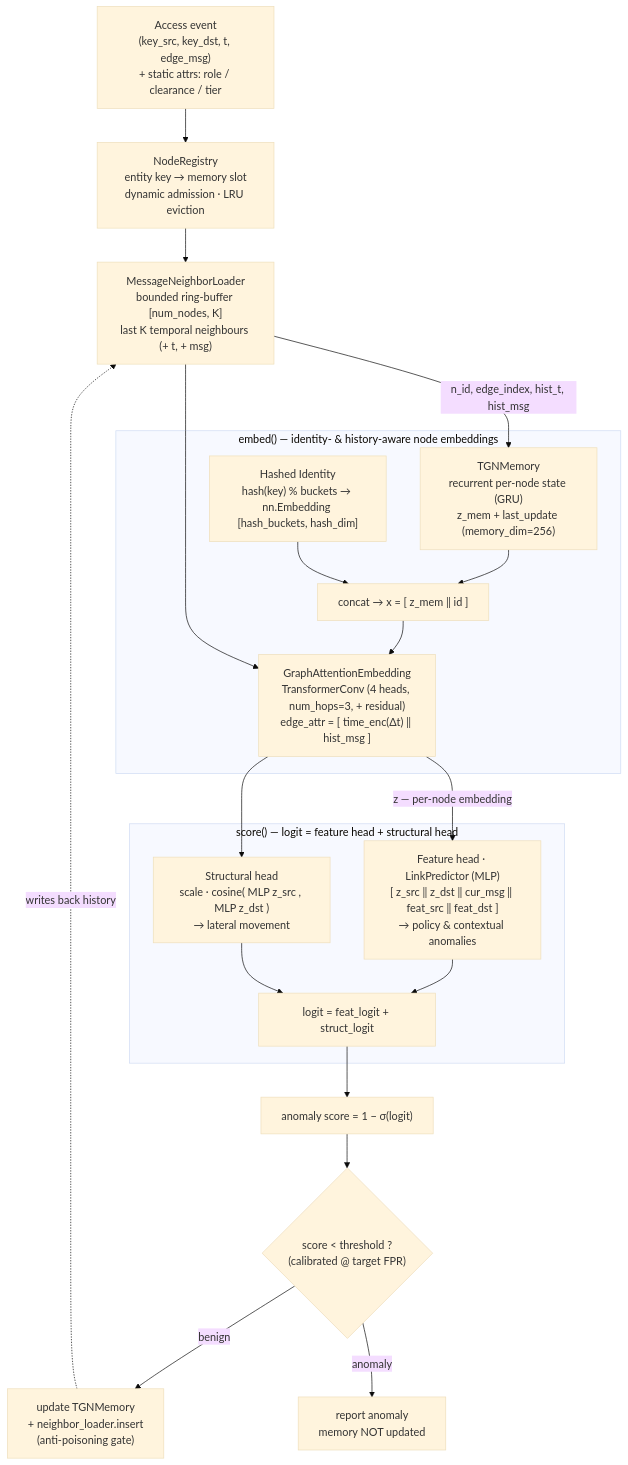
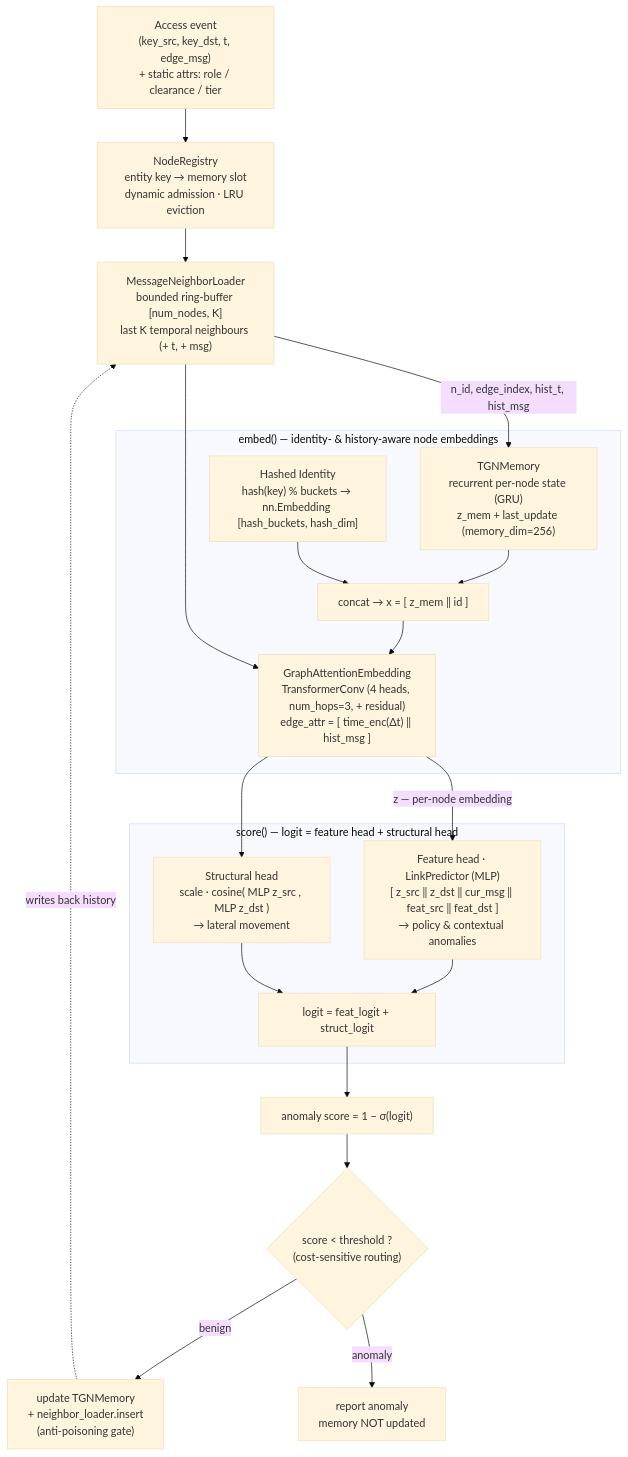
One commit to DDoS-Fury/Papergate changed the diagram in README.md. Above: the diagram before and after it, drawn with Mermaid (base theme). The commit also changed other lines of this file and 3 other files, not shown here.

````diff
--- a/README.md
+++ b/README.md
@@ -55,35 +55,35 @@
 ```mermaid
 flowchart TD
     EV["Access event<br/>(key_src, key_dst, t, edge_msg)<br/>+ static attrs: role / clearance / tier"]
     REG["NodeRegistry<br/>entity key → memory slot<br/>dynamic admission · LRU eviction"]
     NL["MessageNeighborLoader<br/>bounded ring-buffer [num_nodes, K]<br/>last K temporal neighbours (+ t, + msg)"]
     EV --> REG --> NL
 
     subgraph EMB["embed() — identity- & history-aware node embeddings"]
         MEM["TGNMemory<br/>recurrent per-node state (GRU)<br/>z_mem + last_update (memory_dim=256)"]
         ID["Hashed Identity<br/>hash(key) % buckets → nn.Embedding [hash_buckets, hash_dim]"]
         CAT["concat → x = [ z_mem ‖ id ]"]
         GNN["GraphAttentionEmbedding<br/>TransformerConv (4 heads, num_hops=3, + residual)<br/>edge_attr = [ time_enc(Δt) ‖ hist_msg ]"]
         MEM --> CAT
         ID --> CAT
         CAT --> GNN
     end
     NL -->|"n_id, edge_index, hist_t, hist_msg"| MEM
     NL --> GNN
 
     subgraph SCOREG["score() — logit = feature head + structural head"]
         FEAT["Feature head · LinkPredictor (MLP)<br/>[ z_src ‖ z_dst ‖ cur_msg ‖ feat_src ‖ feat_dst ]<br/>→ policy & contextual anomalies"]
         STR["Structural head<br/>scale · cosine( MLP z_src , MLP z_dst )<br/>→ lateral movement"]
         SUM["logit = feat_logit + struct_logit"]
         FEAT --> SUM
         STR --> SUM
     end
 
     GNN -->|"z — per-node embedding"| FEAT
     GNN --> STR
     SUM --> SCO["anomaly score = 1 − σ(logit)"]
-    SCO --> GATE{"score &lt; threshold ?<br/>(calibrated @ target FPR)"}
+    SCO --> GATE{"score &lt; threshold ?<br/>(cost-sensitive routing)"}
     GATE -->|benign| UPD["update TGNMemory<br/>+ neighbor_loader.insert<br/>(anti-poisoning gate)"]
     GATE -->|anomaly| REP["report anomaly<br/>memory NOT updated"]
     UPD -.->|writes back history| NL
 ```
````
